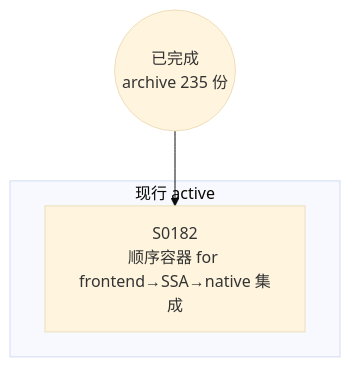
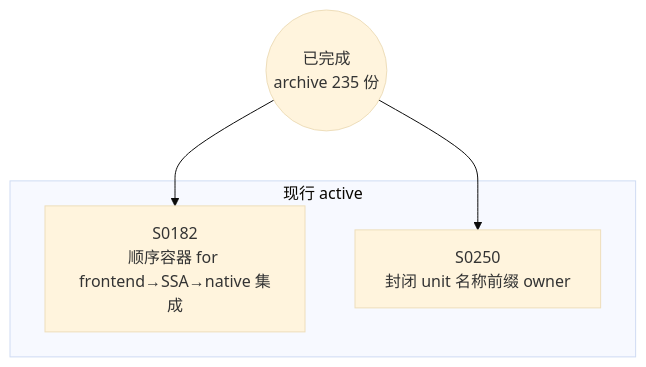
The diagram in docs/specs/dependency-graph.md (Halckon/Koven), drawn with Mermaid (base theme) before and after one commit. The commit also changed other lines of this file and 12 other files, not shown here.

````diff
--- a/docs/specs/dependency-graph.md
+++ b/docs/specs/dependency-graph.md
@@ -9,8 +9,10 @@
 ```mermaid
 flowchart TD
 ARCH(("已完成<br/>archive 235 份"))
 subgraph Gactive["现行 active"]
   S0182["S0182<br/>顺序容器 for frontend→SSA→native 集成"]
+  S0250["S0250<br/>封闭 unit 名称前缀 owner"]
 end
 ARCH --> S0182
+ARCH --> S0250
 ```
````
